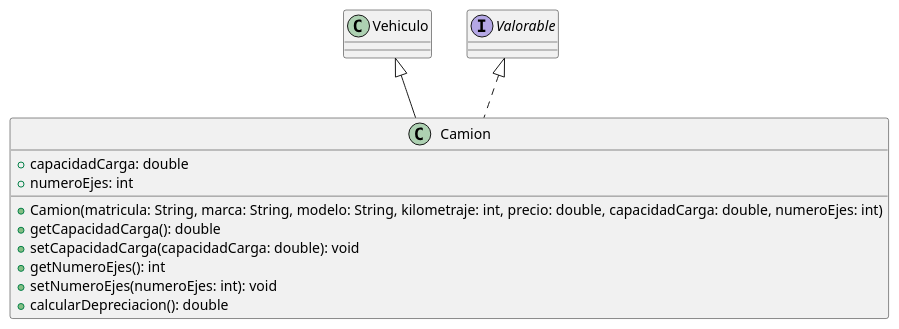
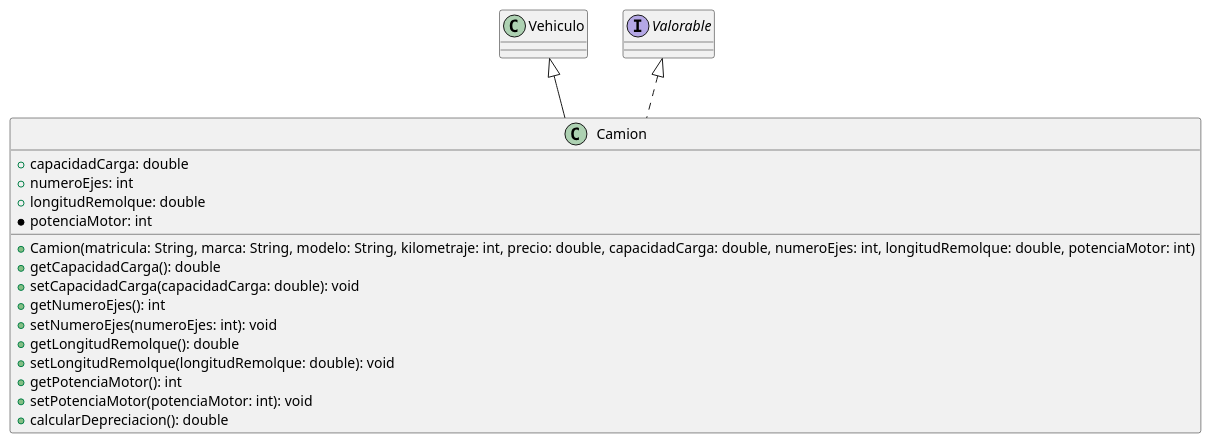
Before and after one commit to crobles98/UT5_ED_Prog: the diagram in uml/Camion.puml, drawn with PlantUML.

Commit message:
Añadir atributos restantes

```diff
--- a/uml/Camion.puml
+++ b/uml/Camion.puml
@@ -1,12 +1,18 @@
 @startuml
 class Camion extends Vehiculo implements Valorable {
   + capacidadCarga: double
   + numeroEjes: int
-  + Camion(matricula: String, marca: String, modelo: String, kilometraje: int, precio: double, capacidadCarga: double, numeroEjes: int)
+  + longitudRemolque: double
+  * potenciaMotor: int
+  + Camion(matricula: String, marca: String, modelo: String, kilometraje: int, precio: double, capacidadCarga: double, numeroEjes: int, longitudRemolque: double, potenciaMotor: int)
   + getCapacidadCarga(): double
   + setCapacidadCarga(capacidadCarga: double): void
   + getNumeroEjes(): int
   + setNumeroEjes(numeroEjes: int): void
+  + getLongitudRemolque(): double
+  + setLongitudRemolque(longitudRemolque: double): void
+  + getPotenciaMotor(): int
+  + setPotenciaMotor(potenciaMotor: int): void
   + calcularDepreciacion(): double
 }
 @enduml
```
